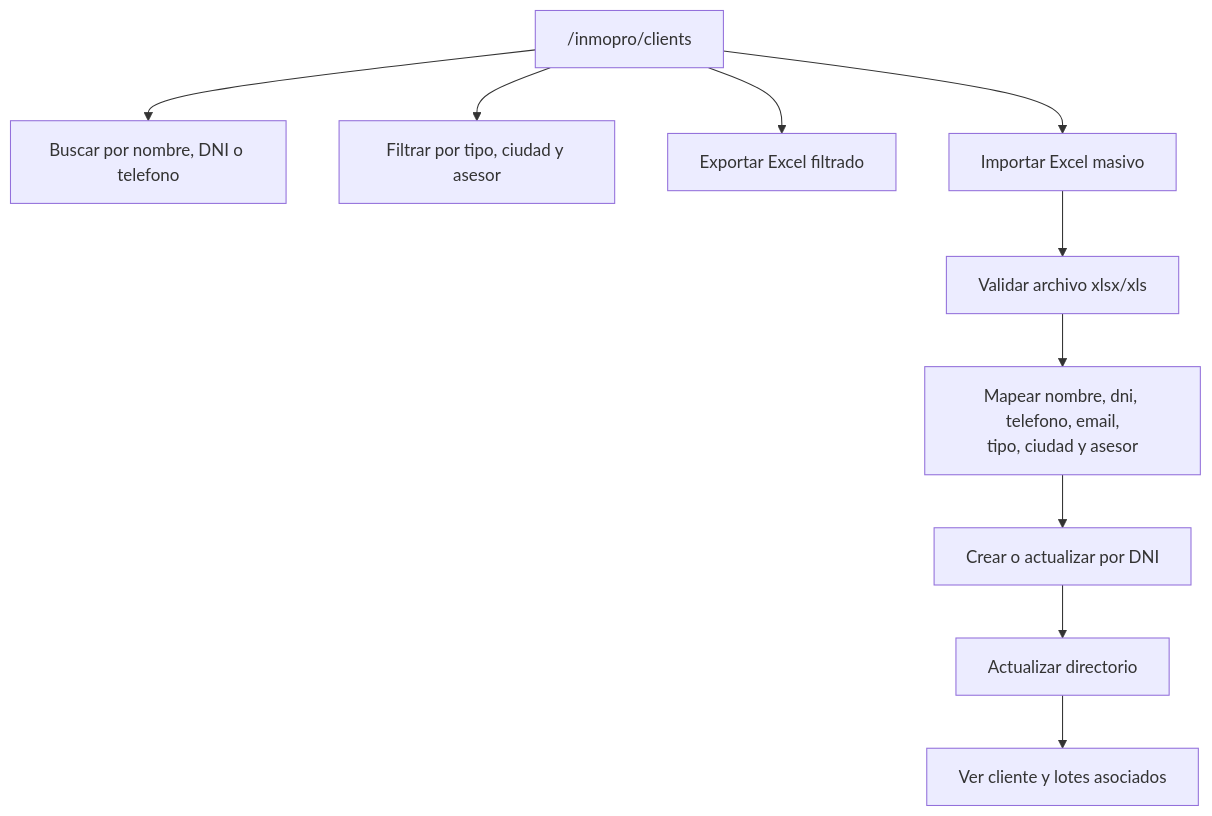
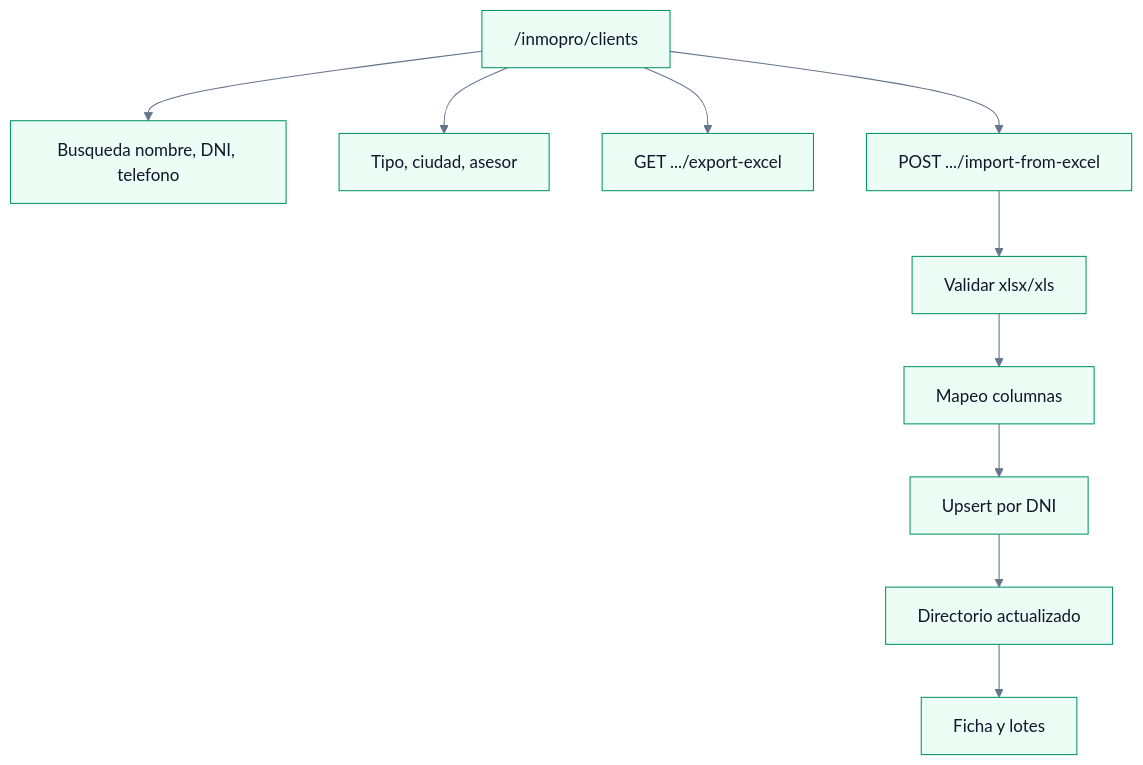
One commit to abitae/crm_lotes changed the ninth of 20 diagrams in docs/GRAFICO_PROCESOS_SISTEMA.md. Above: the diagram before and after it, drawn with Mermaid. The commit also changed other lines of this file and 54 other files, not shown here.

````diff
--- a/docs/GRAFICO_PROCESOS_SISTEMA.md
+++ b/docs/GRAFICO_PROCESOS_SISTEMA.md
@@ -212,12 +243,13 @@
 ```mermaid
+%%{init: {'theme':'base', 'themeVariables': {'primaryColor':'#ecfdf5','primaryTextColor':'#0f172a','primaryBorderColor':'#059669','lineColor':'#64748b','secondaryColor':'#f1f5f9','tertiaryColor':'#ffffff'}}}%%
 flowchart TB
-    clientIndex["/inmopro/clients"] --> clientFilters["Buscar por nombre, DNI o telefono"]
-    clientIndex --> dimensionFilters["Filtrar por tipo, ciudad y asesor"]
-    clientIndex --> exportExcel["Exportar Excel filtrado"]
-    clientIndex --> importExcel["Importar Excel masivo"]
-    importExcel --> validateExcel["Validar archivo xlsx/xls"]
-    validateExcel --> mapFields["Mapear nombre, dni, telefono, email,\ntipo, ciudad y asesor"]
-    mapFields --> upsertClient["Crear o actualizar por DNI"]
-    upsertClient --> clientList["Actualizar directorio"]
-    clientList --> clientShow["Ver cliente y lotes asociados"]
+    clientIndex["/inmopro/clients"] --> clientFilters["Busqueda nombre, DNI, telefono"]
+    clientIndex --> dimensionFilters["Tipo, ciudad, asesor"]
+    clientIndex --> exportExcel["GET .../export-excel"]
+    clientIndex --> importExcel["POST .../import-from-excel"]
+    importExcel --> validateExcel["Validar xlsx/xls"]
+    validateExcel --> mapFields["Mapeo columnas"]
+    mapFields --> upsertClient["Upsert por DNI"]
+    upsertClient --> clientList["Directorio actualizado"]
+    clientList --> clientShow["Ficha y lotes"]
 ```
````
